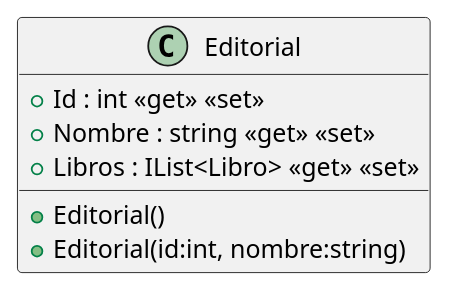
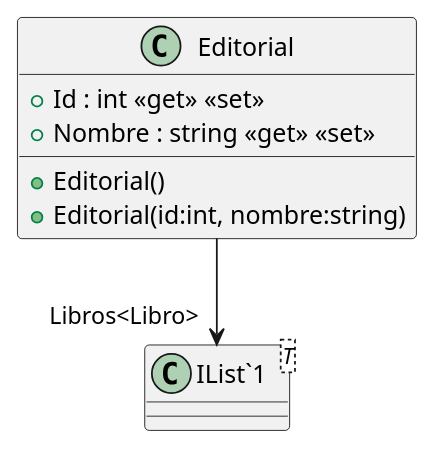
Before and after one commit to ISII2627LosGremlins/ISII2627LosGremlins: the diagram in src/AppForSEII.API/ClassDiagram/Editorial.puml, drawn with PlantUML. The commit also changed 17 other files, not shown here.

```diff
--- a/src/AppForSEII.API/ClassDiagram/Editorial.puml
+++ b/src/AppForSEII.API/ClassDiagram/Editorial.puml
@@ -1,9 +1,11 @@
 @startuml
 class Editorial {
     + Editorial()
     + Editorial(id:int, nombre:string)
     + Id : int <<get>> <<set>>
     + Nombre : string <<get>> <<set>>
-    + Libros : IList<Libro> <<get>> <<set>>
 }
+class "IList`1"<T> {
+}
+Editorial --> "Libros<Libro>" "IList`1"
 @enduml
```
